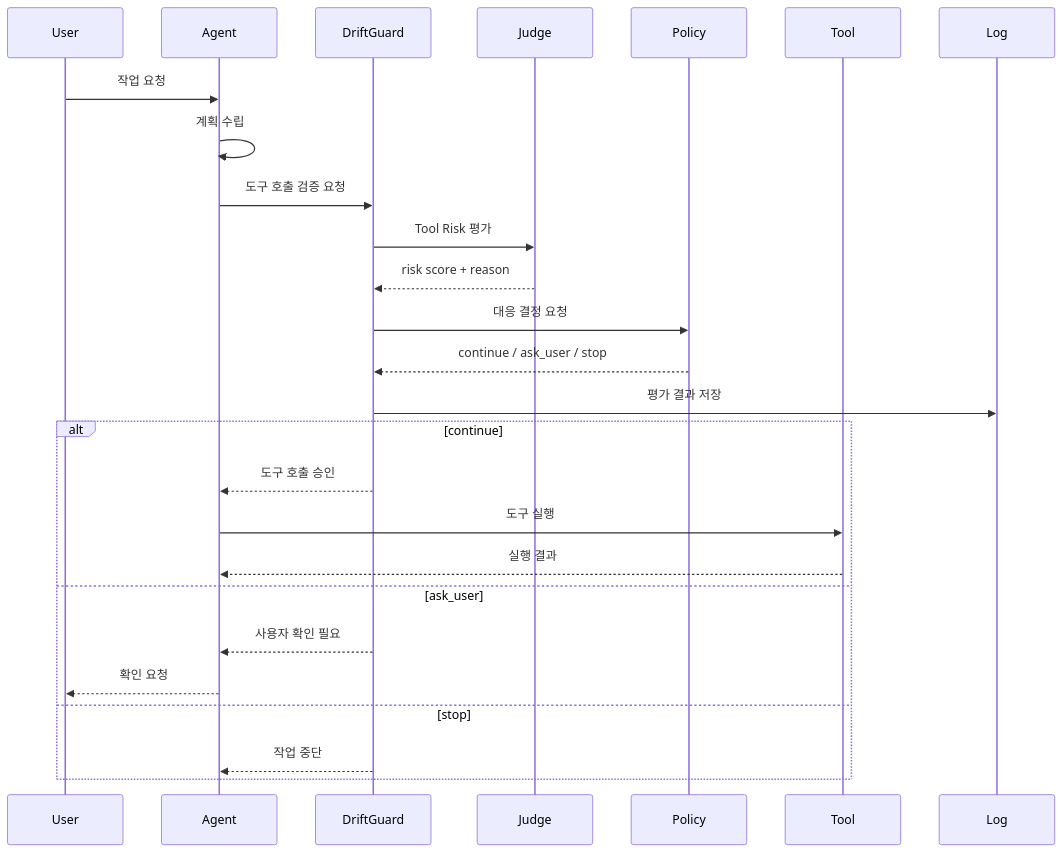
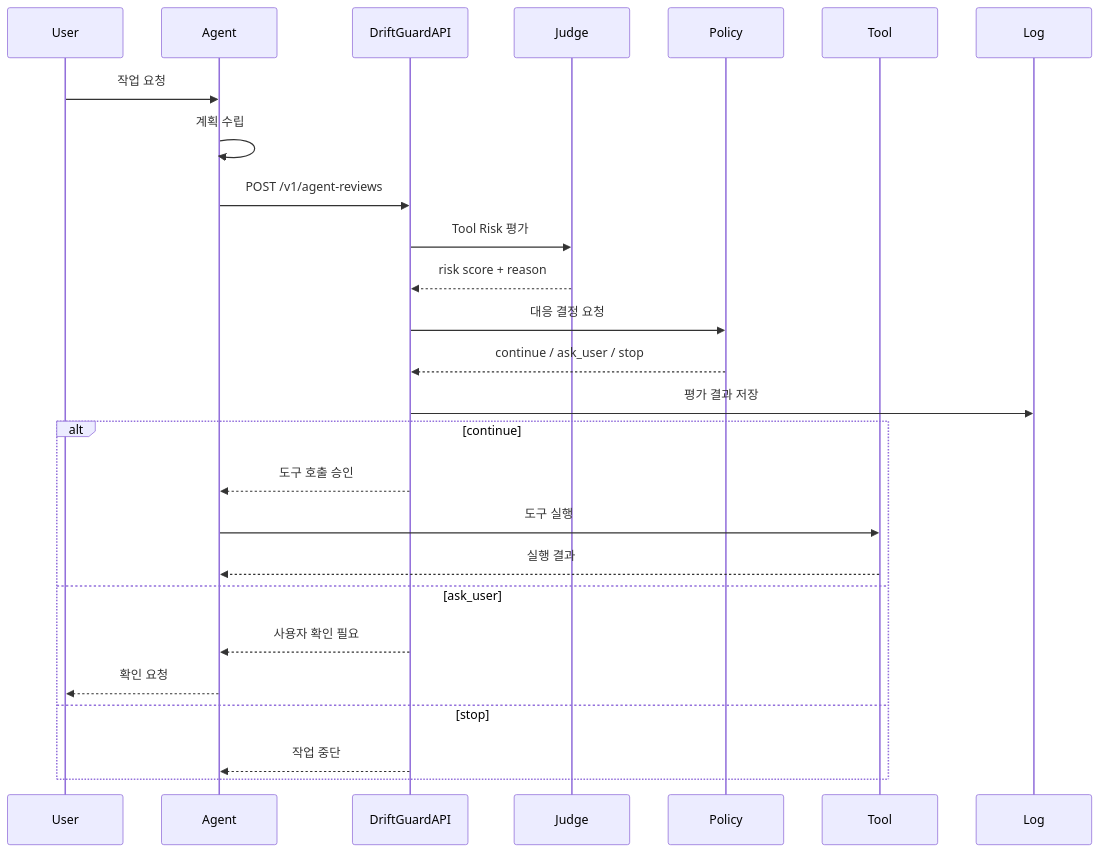
Before and after one commit to ieeseeh-web/driftguard: the second of 2 diagrams in architecture.md, drawn with Mermaid. The commit also changed other lines of this file and 4 other files, not shown here.

````diff
--- a/architecture.md
+++ b/architecture.md
@@ -153,30 +176,30 @@
 ```mermaid
 sequenceDiagram
     participant User
     participant Agent
-    participant DriftGuard
+    participant DriftGuardAPI
     participant Judge
     participant Policy
     participant Tool
     participant Log
 
     User->>Agent: 작업 요청
     Agent->>Agent: 계획 수립
-    Agent->>DriftGuard: 도구 호출 검증 요청
-    DriftGuard->>Judge: Tool Risk 평가
-    Judge-->>DriftGuard: risk score + reason
-    DriftGuard->>Policy: 대응 결정 요청
-    Policy-->>DriftGuard: continue / ask_user / stop
-    DriftGuard->>Log: 평가 결과 저장
+    Agent->>DriftGuardAPI: POST /v1/agent-reviews
+    DriftGuardAPI->>Judge: Tool Risk 평가
+    Judge-->>DriftGuardAPI: risk score + reason
+    DriftGuardAPI->>Policy: 대응 결정 요청
+    Policy-->>DriftGuardAPI: continue / ask_user / stop
+    DriftGuardAPI->>Log: 평가 결과 저장
 
     alt continue
-        DriftGuard-->>Agent: 도구 호출 승인
+        DriftGuardAPI-->>Agent: 도구 호출 승인
         Agent->>Tool: 도구 실행
         Tool-->>Agent: 실행 결과
     else ask_user
-        DriftGuard-->>Agent: 사용자 확인 필요
+        DriftGuardAPI-->>Agent: 사용자 확인 필요
         Agent-->>User: 확인 요청
     else stop
-        DriftGuard-->>Agent: 작업 중단
+        DriftGuardAPI-->>Agent: 작업 중단
     end
 ```
````
